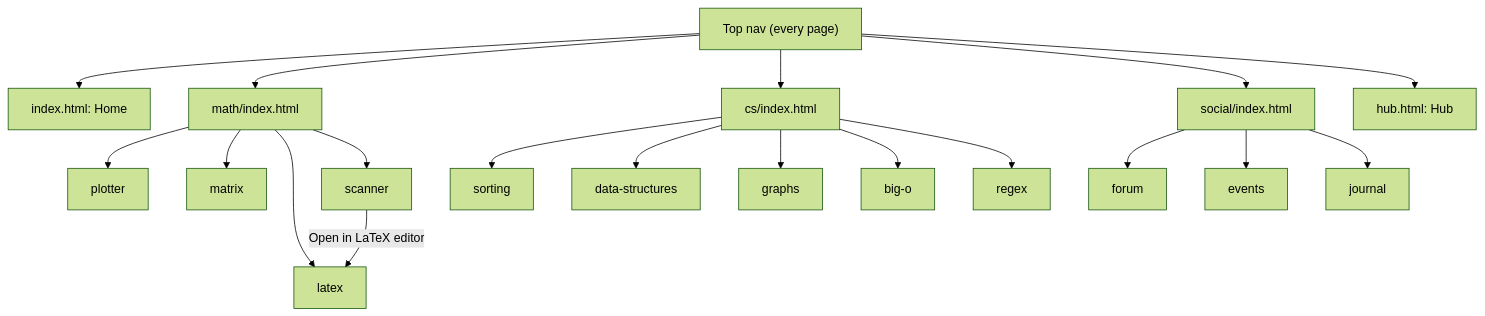
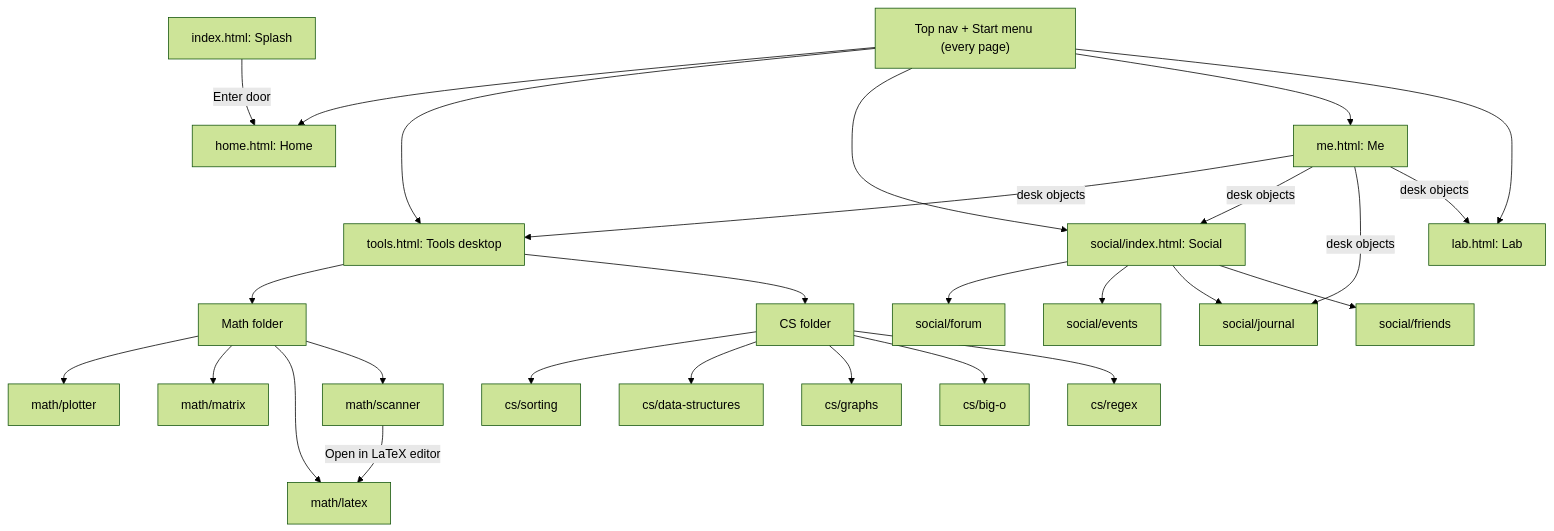
The second of 12 diagrams in DIAGRAM.md (ChrisMedkit/CS-235-IntroToAI), drawn with Mermaid (forest theme) before and after one commit. The commit also changed other lines of this file and 68 other files, not shown here.

First line of the commit message:
Indie-web redesign: 98.css, taskbar, Tools desktop, splash, stickers, Me, Friends

````diff
--- a/DIAGRAM.md
+++ b/DIAGRAM.md
@@ -33,13 +26,16 @@
 ```mermaid
 flowchart TD
-  NAV["Top nav (every page)"]
-  NAV --> H["index.html: Home"]
-  NAV --> M["math/index.html"]
-  NAV --> C["cs/index.html"]
-  NAV --> S["social/index.html"]
-  NAV --> HB["hub.html: Hub"]
-  M --> M1["plotter"] & M2["matrix"] & M3["latex"] & M4["scanner"]
-  C --> C1["sorting"] & C2["data-structures"] & C3["graphs"] & C4["big-o"] & C5["regex"]
-  S --> S1["forum"] & S2["events"] & S3["journal"]
+  SP["index.html: Splash"] -- "Enter door" --> H["home.html: Home"]
+  NAV["Top nav + Start menu (every page)"]
+  NAV --> H
+  NAV --> T["tools.html: Tools desktop"]
+  NAV --> S["social/index.html: Social"]
+  NAV --> ME["me.html: Me"]
+  NAV --> LAB["lab.html: Lab"]
+  T --> MF["Math folder"] & CF["CS folder"]
+  MF --> M1["math/plotter"] & M2["math/matrix"] & M3["math/latex"] & M4["math/scanner"]
+  CF --> C1["cs/sorting"] & C2["cs/data-structures"] & C3["cs/graphs"] & C4["cs/big-o"] & C5["cs/regex"]
+  S --> S1["social/forum"] & S2["social/events"] & S3["social/journal"] & S4["social/friends"]
+  ME -- "desk objects" --> T & S & S3 & LAB
   M4 -- "Open in LaTeX editor" --> M3
 ```
````
